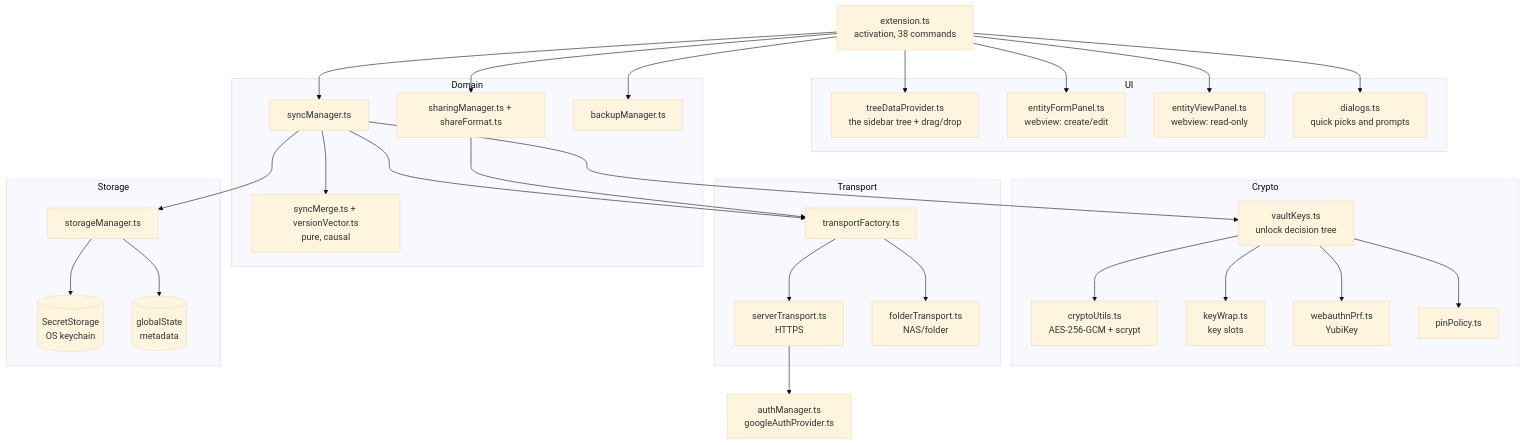
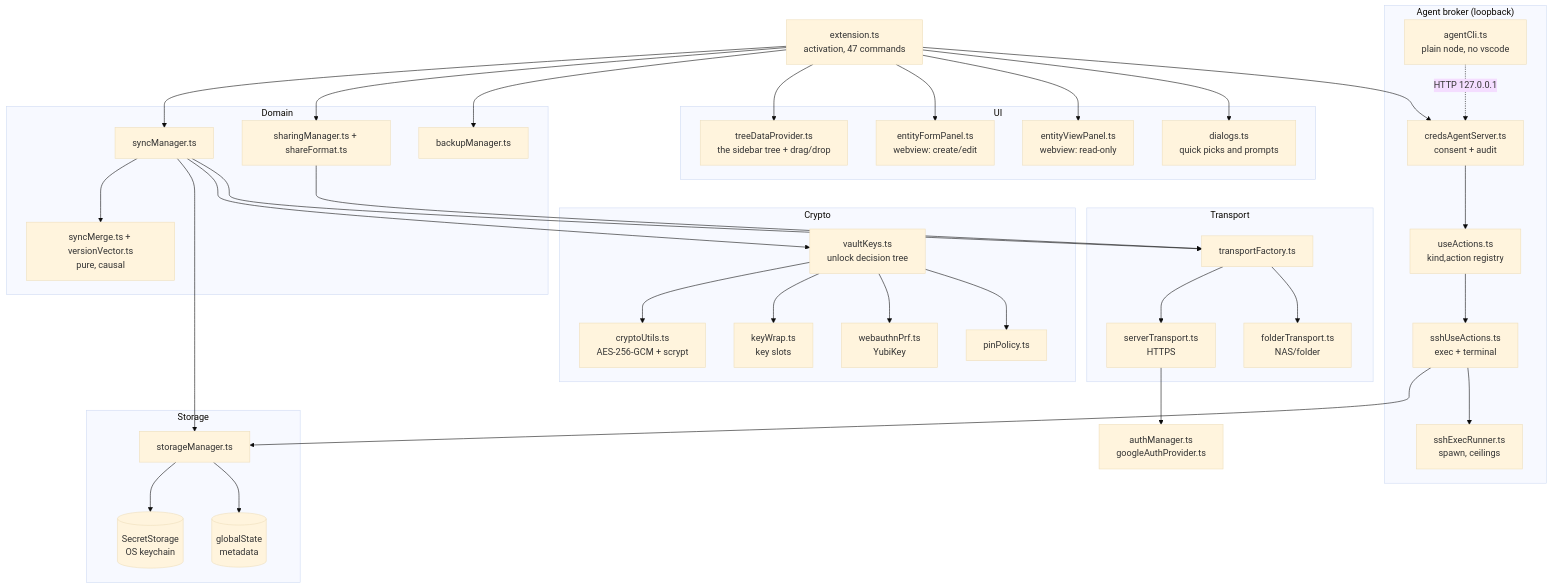
One commit to oleksandrdubyna88/dew_flow_creds_for_devs changed the first of 3 diagrams in research/module_extension.md. Above: the diagram before and after it, drawn with Mermaid (base theme). The commit also changed other lines of this file and 31 other files, not shown here.

````diff
--- a/research/module_extension.md
+++ b/research/module_extension.md
@@ -14,50 +14,62 @@
 ```mermaid
 flowchart TD
     subgraph UI
         TREE[treeDataProvider.ts<br/>the sidebar tree + drag/drop]
         FORM[entityFormPanel.ts<br/>webview: create/edit]
         VIEW[entityViewPanel.ts<br/>webview: read-only]
         DLG[dialogs.ts<br/>quick picks and prompts]
     end
 
-    EXT[extension.ts<br/>activation, 38 commands]
+    EXT[extension.ts<br/>activation, 47 commands]
 
     subgraph Domain
         SYNC[syncManager.ts]
         MERGE[syncMerge.ts + versionVector.ts<br/>pure, causal]
         SHARE[sharingManager.ts + shareFormat.ts]
         BACKUP[backupManager.ts]
+    end
+
+    subgraph Agent["Agent broker (loopback)"]
+        BROKER[credsAgentServer.ts<br/>consent + audit]
+        UA[useActions.ts<br/>kind,action registry]
+        SSHUSE[sshUseActions.ts<br/>exec + terminal]
+        RUN[sshExecRunner.ts<br/>spawn, ceilings]
+        CLI[agentCli.ts<br/>plain node, no vscode]
     end
 
     subgraph Crypto
         CU[cryptoUtils.ts<br/>AES-256-GCM + scrypt]
         KW[keyWrap.ts<br/>key slots]
         VK[vaultKeys.ts<br/>unlock decision tree]
         PRF[webauthnPrf.ts<br/>YubiKey]
         PIN[pinPolicy.ts]
     end
 
     subgraph Transport
         TF[transportFactory.ts]
         ST[serverTransport.ts<br/>HTTPS]
         FT[folderTransport.ts<br/>NAS/folder]
     end
 
     subgraph Storage
         SM[storageManager.ts]
         SS[(SecretStorage<br/>OS keychain)]
         GS[(globalState<br/>metadata)]
     end
 
     AUTH[authManager.ts<br/>googleAuthProvider.ts]
 
     EXT --> TREE & FORM & VIEW & DLG
     EXT --> SYNC & SHARE & BACKUP
+    EXT --> BROKER
+    CLI -.->|HTTP 127.0.0.1| BROKER
+    BROKER --> UA --> SSHUSE --> RUN
+    SSHUSE --> SM
     SYNC --> MERGE & VK & TF
     SHARE --> TF
     TF --> ST & FT
     ST --> AUTH
     SYNC --> SM
     VK --> CU & KW & PRF & PIN
     SM --> SS & GS
 ```
````
